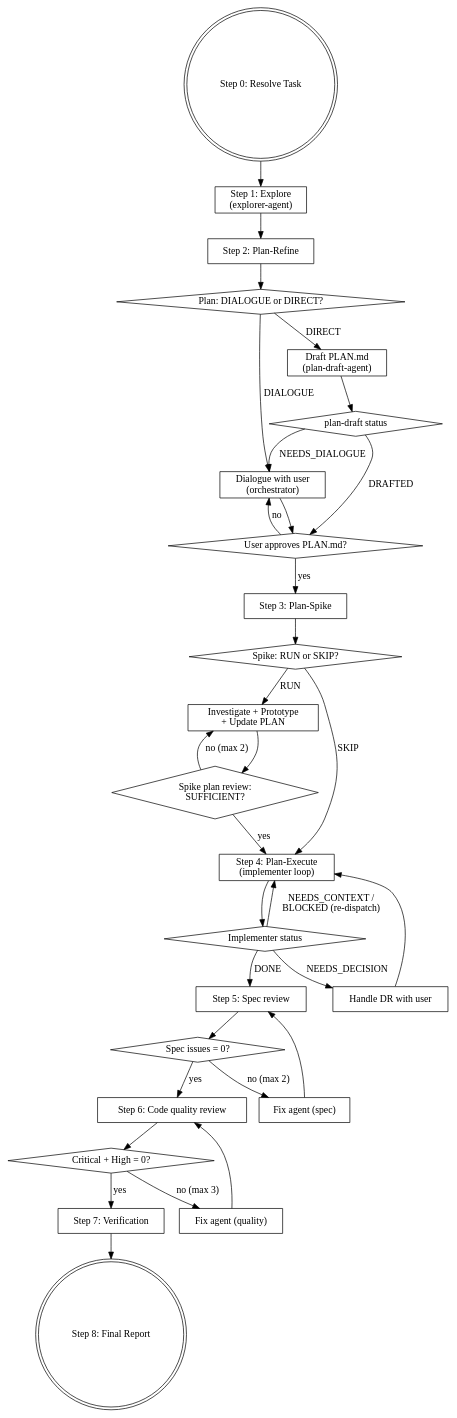
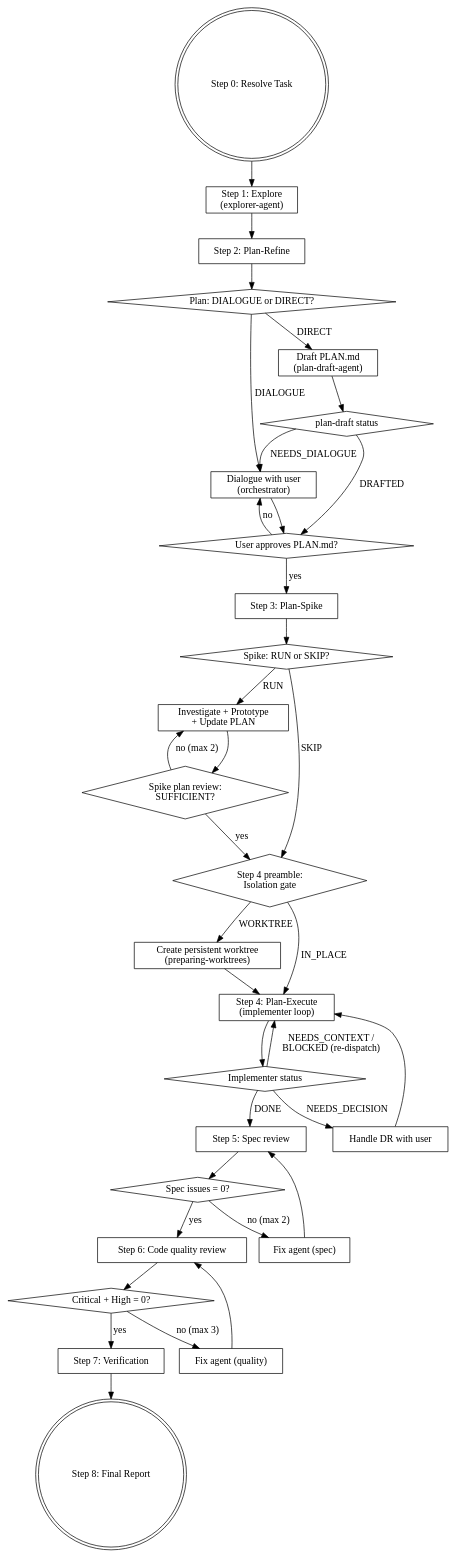
The diagram in .agents/skills/devflow/SKILL.md (matsuyoshi30/dotfiles), drawn with Graphviz before and after one commit. The commit also changed other lines of this file, not shown here.

````diff
--- a/.agents/skills/devflow/SKILL.md
+++ b/.agents/skills/devflow/SKILL.md
@@ -19,60 +19,65 @@
 ```dot
 digraph devflow {
     rankdir=TB;
     "Step 0: Resolve Task" [shape=doublecircle];
     "Step 1: Explore\n(explorer-agent)" [shape=box];
     "Step 2: Plan-Refine" [shape=box];
     "Plan: DIALOGUE or DIRECT?" [shape=diamond];
     "Dialogue with user\n(orchestrator)" [shape=box];
     "Draft PLAN.md\n(plan-draft-agent)" [shape=box];
     "plan-draft status" [shape=diamond];
     "User approves PLAN.md?" [shape=diamond];
     "Step 3: Plan-Spike" [shape=box];
     "Spike: RUN or SKIP?" [shape=diamond];
     "Investigate + Prototype\n+ Update PLAN" [shape=box];
     "Spike plan review:\nSUFFICIENT?" [shape=diamond];
+    "Step 4 preamble:\nIsolation gate" [shape=diamond];
+    "Create persistent worktree\n(preparing-worktrees)" [shape=box];
     "Step 4: Plan-Execute\n(implementer loop)" [shape=box];
     "Implementer status" [shape=diamond];
     "Handle DR with user" [shape=box];
     "Step 5: Spec review" [shape=box];
     "Spec issues = 0?" [shape=diamond];
     "Fix agent (spec)" [shape=box];
     "Step 6: Code quality review" [shape=box];
     "Critical + High = 0?" [shape=diamond];
     "Fix agent (quality)" [shape=box];
     "Step 7: Verification" [shape=box];
     "Step 8: Final Report" [shape=doublecircle];
 
     "Step 0: Resolve Task" -> "Step 1: Explore\n(explorer-agent)";
     "Step 1: Explore\n(explorer-agent)" -> "Step 2: Plan-Refine";
     "Step 2: Plan-Refine" -> "Plan: DIALOGUE or DIRECT?";
     "Plan: DIALOGUE or DIRECT?" -> "Dialogue with user\n(orchestrator)" [label="DIALOGUE"];
     "Plan: DIALOGUE or DIRECT?" -> "Draft PLAN.md\n(plan-draft-agent)" [label="DIRECT"];
     "Dialogue with user\n(orchestrator)" -> "User approves PLAN.md?";
     "Draft PLAN.md\n(plan-draft-agent)" -> "plan-draft status";
     "plan-draft status" -> "User approves PLAN.md?" [label="DRAFTED"];
     "plan-draft status" -> "Dialogue with user\n(orchestrator)" [label="NEEDS_DIALOGUE"];
     "User approves PLAN.md?" -> "Dialogue with user\n(orchestrator)" [label="no"];
     "User approves PLAN.md?" -> "Step 3: Plan-Spike" [label="yes"];
     "Step 3: Plan-Spike" -> "Spike: RUN or SKIP?";
     "Spike: RUN or SKIP?" -> "Investigate + Prototype\n+ Update PLAN" [label="RUN"];
-    "Spike: RUN or SKIP?" -> "Step 4: Plan-Execute\n(implementer loop)" [label="SKIP"];
+    "Spike: RUN or SKIP?" -> "Step 4 preamble:\nIsolation gate" [label="SKIP"];
     "Investigate + Prototype\n+ Update PLAN" -> "Spike plan review:\nSUFFICIENT?";
     "Spike plan review:\nSUFFICIENT?" -> "Investigate + Prototype\n+ Update PLAN" [label="no (max 2)"];
-    "Spike plan review:\nSUFFICIENT?" -> "Step 4: Plan-Execute\n(implementer loop)" [label="yes"];
+    "Spike plan review:\nSUFFICIENT?" -> "Step 4 preamble:\nIsolation gate" [label="yes"];
+    "Step 4 preamble:\nIsolation gate" -> "Create persistent worktree\n(preparing-worktrees)" [label="WORKTREE"];
+    "Step 4 preamble:\nIsolation gate" -> "Step 4: Plan-Execute\n(implementer loop)" [label="IN_PLACE"];
+    "Create persistent worktree\n(preparing-worktrees)" -> "Step 4: Plan-Execute\n(implementer loop)";
     "Step 4: Plan-Execute\n(implementer loop)" -> "Implementer status";
     "Implementer status" -> "Step 5: Spec review" [label="DONE"];
     "Implementer status" -> "Handle DR with user" [label="NEEDS_DECISION"];
     "Handle DR with user" -> "Step 4: Plan-Execute\n(implementer loop)";
     "Implementer status" -> "Step 4: Plan-Execute\n(implementer loop)" [label="NEEDS_CONTEXT /\nBLOCKED (re-dispatch)"];
     "Step 5: Spec review" -> "Spec issues = 0?";
     "Spec issues = 0?" -> "Fix agent (spec)" [label="no (max 2)"];
     "Fix agent (spec)" -> "Step 5: Spec review";
     "Spec issues = 0?" -> "Step 6: Code quality review" [label="yes"];
     "Step 6: Code quality review" -> "Critical + High = 0?";
     "Critical + High = 0?" -> "Fix agent (quality)" [label="no (max 3)"];
     "Fix agent (quality)" -> "Step 6: Code quality review";
     "Critical + High = 0?" -> "Step 7: Verification" [label="yes"];
     "Step 7: Verification" -> "Step 8: Final Report";
 }
 ```
````
